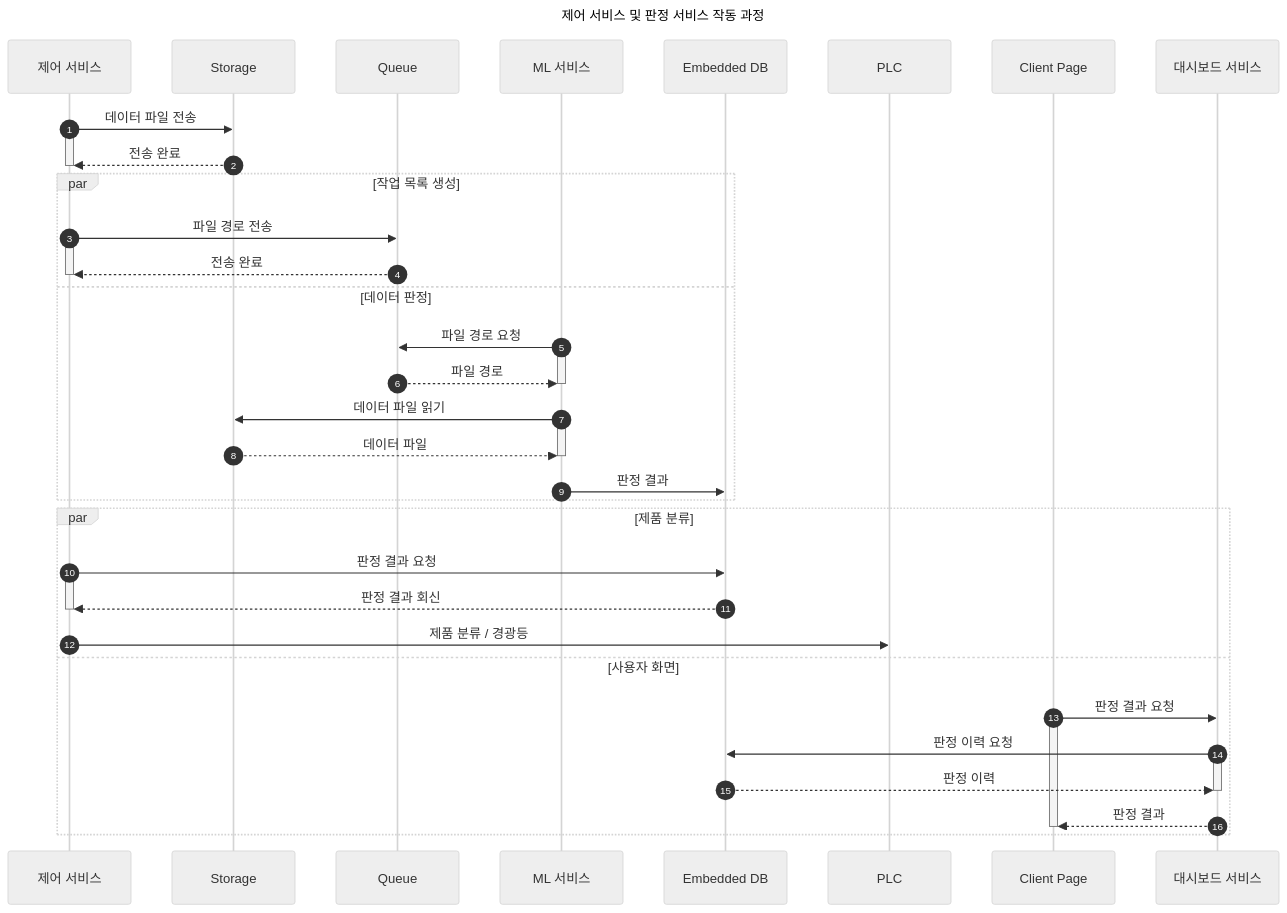
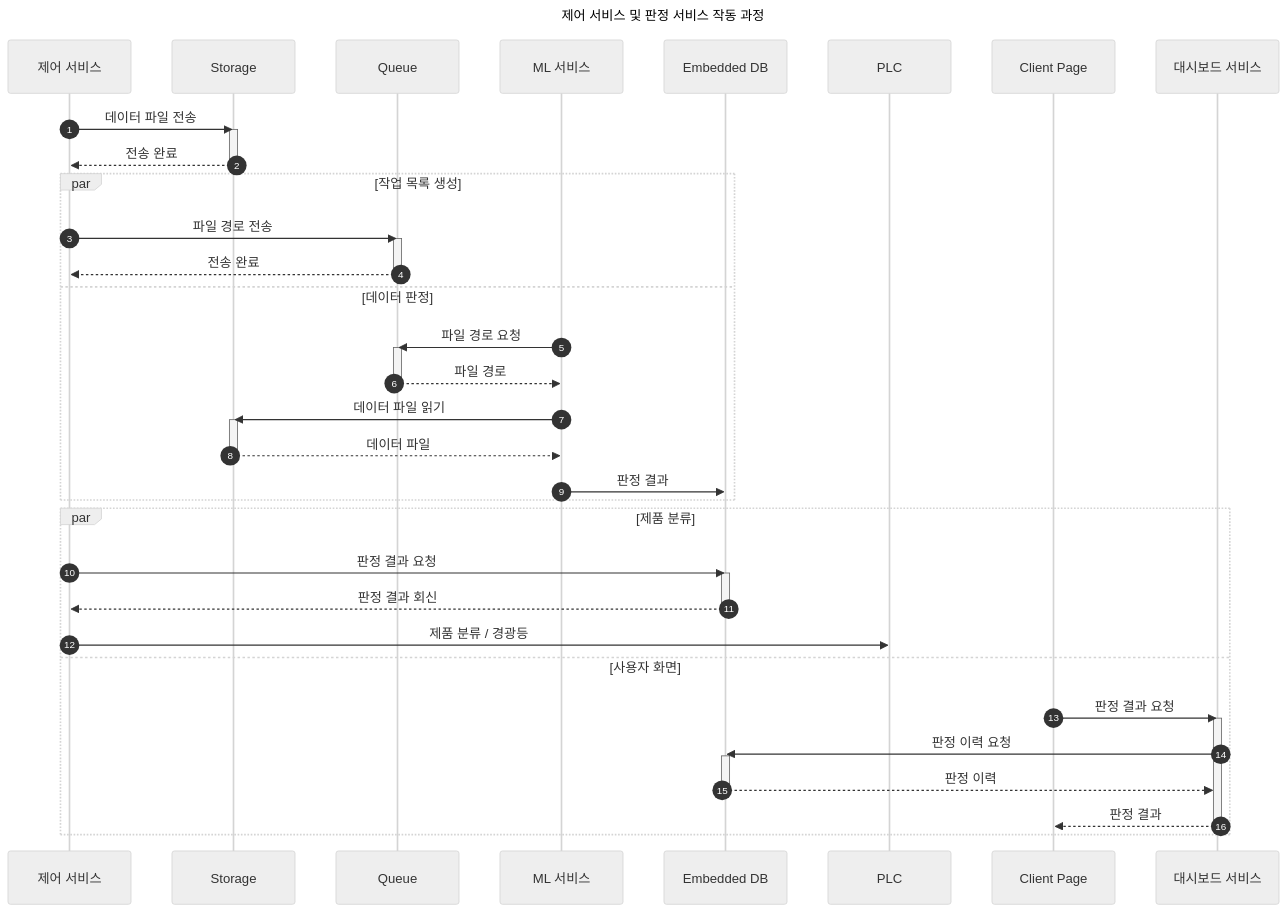
The first of 4 diagrams in docs/portfolio/on-device-ai.md (djccnt15/djccnt15.github.io), drawn with Mermaid before and after one commit. The commit also changed other lines of this file and 2 other files, not shown here.

Commit message:
fix mermaid diagrams

````diff
--- a/docs/portfolio/on-device-ai.md
+++ b/docs/portfolio/on-device-ai.md
@@ -39,45 +39,45 @@
 ```mermaid
 ---
 title: 제어 서비스 및 판정 서비스 작동 과정
 config:
     theme: 'neutral'
 ---
 sequenceDiagram
     autonumber
     제어 서비스 ->> Storage : 데이터 파일 전송
-    activate 제어 서비스
+    activate Storage
     Storage -->> 제어 서비스 : 전송 완료
-    deactivate 제어 서비스
+    deactivate Storage
     par 작업 목록 생성
         제어 서비스 ->> Queue : 파일 경로 전송
-        activate 제어 서비스
+        activate Queue
         Queue -->> 제어 서비스 : 전송 완료
-        deactivate 제어 서비스
+        deactivate Queue
     and 데이터 판정
         ML 서비스 ->> Queue : 파일 경로 요청
-        activate ML 서비스
+        activate Queue
         Queue -->> ML 서비스 : 파일 경로
-        deactivate ML 서비스
+        deactivate Queue
         ML 서비스 ->> Storage : 데이터 파일 읽기
-        activate ML 서비스
+        activate Storage
         Storage -->> ML 서비스 : 데이터 파일
-        deactivate ML 서비스
+        deactivate Storage
         ML 서비스 ->> Embedded DB : 판정 결과
     end
     par 제품 분류
         제어 서비스 ->> Embedded DB : 판정 결과 요청
-        activate 제어 서비스
+        activate Embedded DB
         Embedded DB -->> 제어 서비스 : 판정 결과 회신
-        deactivate 제어 서비스
+        deactivate Embedded DB
         제어 서비스 ->> PLC : 제품 분류 / 경광등
     and 사용자 화면
         Client Page ->> 대시보드 서비스 : 판정 결과 요청
-        activate Client Page
+        activate 대시보드 서비스
         대시보드 서비스 ->> Embedded DB : 판정 이력 요청
-        activate 대시보드 서비스
+        activate Embedded DB
         Embedded DB -->> 대시보드 서비스 : 판정 이력
+        deactivate Embedded DB
+        대시보드 서비스 -->> Client Page : 판정 결과
         deactivate 대시보드 서비스
-        대시보드 서비스 -->> Client Page : 판정 결과
-        deactivate Client Page
     end
 ```
````
